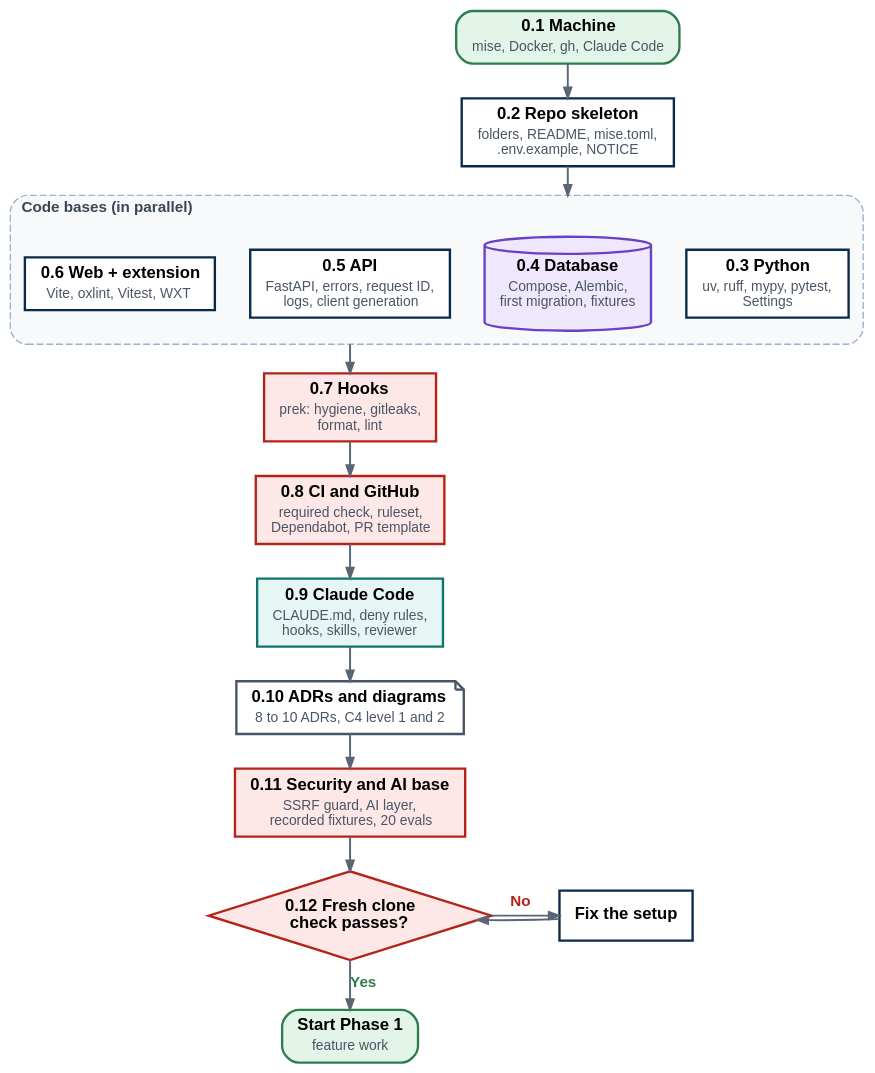
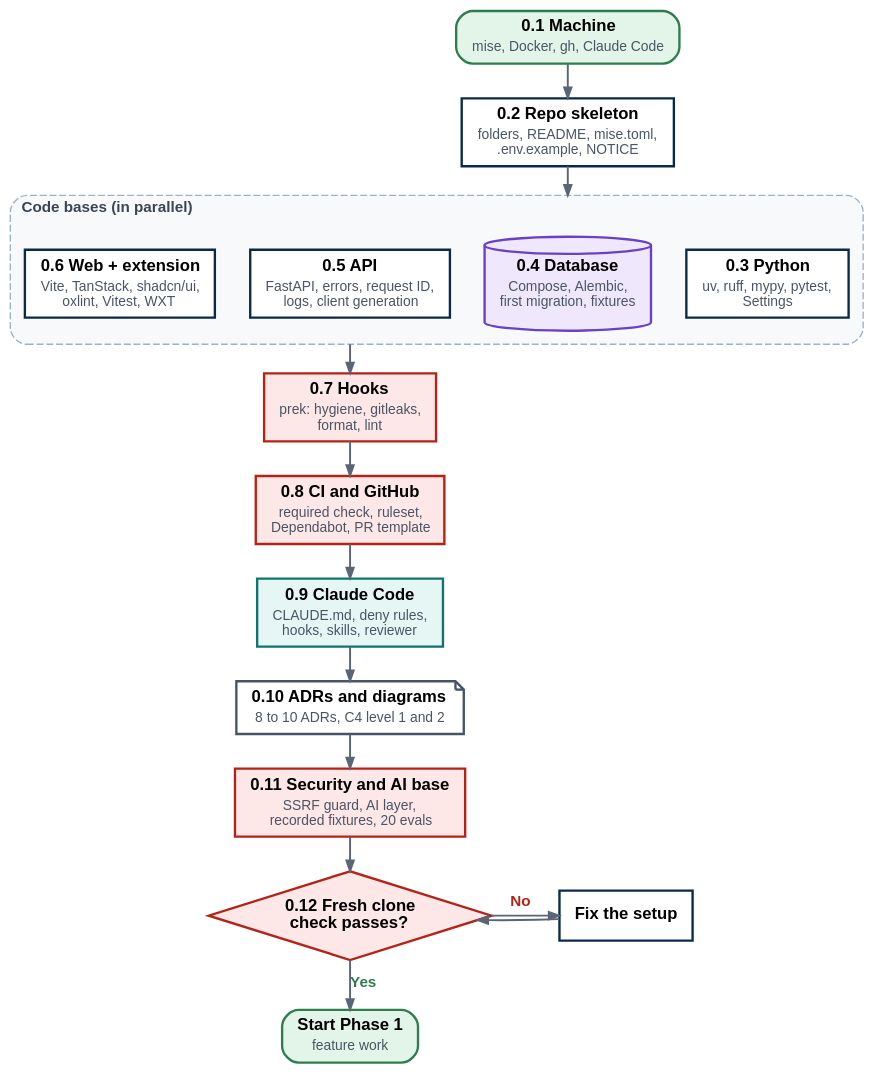
One commit to raksha-gurzu/seo-advisor changed the diagram in requirements/diagrams/setup.dot. Above: the diagram before and after it, drawn with Graphviz. The commit also changed 21 other files, not shown here.

```diff
--- a/requirements/diagrams/setup.dot
+++ b/requirements/diagrams/setup.dot
@@ -1,37 +1,37 @@
 digraph G {
   graph [rankdir=TB fontname="Arial" nodesep=0.35 ranksep=0.34 splines=spline bgcolor="transparent"
          pad=0.15 newrank=true compound=true];
   node  [fontname="Arial" fontsize=12 margin="0.14,0.07"];
   edge  [fontname="Arial" fontsize=11 color="#5a6675" penwidth=1.4 arrowsize=0.75];
   A [label=<<TABLE BORDER="0" CELLSPACING="0" CELLPADDING="1"><TR><TD><B>0.1 Machine</B></TD></TR><TR><TD><FONT POINT-SIZE="10" COLOR="#4a5565">mise, Docker, gh, Claude Code</FONT></TD></TR></TABLE>> shape="box" style="rounded,filled" fillcolor="#e3f4e8" color="#2e7d4f" penwidth=1.7];
   B [label=<<TABLE BORDER="0" CELLSPACING="0" CELLPADDING="1"><TR><TD><B>0.2 Repo skeleton</B></TD></TR><TR><TD><FONT POINT-SIZE="10" COLOR="#4a5565">folders, README, mise.toml,<BR/>.env.example, NOTICE</FONT></TD></TR></TABLE>> shape="box" style="filled" fillcolor="#ffffff" color="#0b2a4a" penwidth=1.7];
   subgraph cluster_base {
     label=<<B>Code bases (in parallel)</B>> fontsize=11 fontcolor="#3b4654" labeljust=l
     style="rounded,dashed" color="#9fb3c8" bgcolor="#f7f9fb" margin=10
   C1 [label=<<TABLE BORDER="0" CELLSPACING="0" CELLPADDING="1"><TR><TD><B>0.3 Python</B></TD></TR><TR><TD><FONT POINT-SIZE="10" COLOR="#4a5565">uv, ruff, mypy, pytest,<BR/>Settings</FONT></TD></TR></TABLE>> shape="box" style="filled" fillcolor="#ffffff" color="#0b2a4a" penwidth=1.7];
   C2 [label=<<TABLE BORDER="0" CELLSPACING="0" CELLPADDING="1"><TR><TD><B>0.4 Database</B></TD></TR><TR><TD><FONT POINT-SIZE="10" COLOR="#4a5565">Compose, Alembic,<BR/>first migration, fixtures</FONT></TD></TR></TABLE>> shape="cylinder" style="filled" fillcolor="#efe7fb" color="#6941c6" penwidth=1.7];
   C3 [label=<<TABLE BORDER="0" CELLSPACING="0" CELLPADDING="1"><TR><TD><B>0.5 API</B></TD></TR><TR><TD><FONT POINT-SIZE="10" COLOR="#4a5565">FastAPI, errors, request ID,<BR/>logs, client generation</FONT></TD></TR></TABLE>> shape="box" style="filled" fillcolor="#ffffff" color="#0b2a4a" penwidth=1.7];
-  C4 [label=<<TABLE BORDER="0" CELLSPACING="0" CELLPADDING="1"><TR><TD><B>0.6 Web + extension</B></TD></TR><TR><TD><FONT POINT-SIZE="10" COLOR="#4a5565">Vite, oxlint, Vitest, WXT</FONT></TD></TR></TABLE>> shape="box" style="filled" fillcolor="#ffffff" color="#0b2a4a" penwidth=1.7];
+  C4 [label=<<TABLE BORDER="0" CELLSPACING="0" CELLPADDING="1"><TR><TD><B>0.6 Web + extension</B></TD></TR><TR><TD><FONT POINT-SIZE="10" COLOR="#4a5565">Vite, TanStack, shadcn/ui,<BR/>oxlint, Vitest, WXT</FONT></TD></TR></TABLE>> shape="box" style="filled" fillcolor="#ffffff" color="#0b2a4a" penwidth=1.7];
   }
   D [label=<<TABLE BORDER="0" CELLSPACING="0" CELLPADDING="1"><TR><TD><B>0.7 Hooks</B></TD></TR><TR><TD><FONT POINT-SIZE="10" COLOR="#4a5565">prek: hygiene, gitleaks,<BR/>format, lint</FONT></TD></TR></TABLE>> shape="box" style="filled" fillcolor="#fde7e7" color="#b42318" penwidth=1.7];
   E [label=<<TABLE BORDER="0" CELLSPACING="0" CELLPADDING="1"><TR><TD><B>0.8 CI and GitHub</B></TD></TR><TR><TD><FONT POINT-SIZE="10" COLOR="#4a5565">required check, ruleset,<BR/>Dependabot, PR template</FONT></TD></TR></TABLE>> shape="box" style="filled" fillcolor="#fde7e7" color="#b42318" penwidth=1.7];
   F [label=<<TABLE BORDER="0" CELLSPACING="0" CELLPADDING="1"><TR><TD><B>0.9 Claude Code</B></TD></TR><TR><TD><FONT POINT-SIZE="10" COLOR="#4a5565">CLAUDE.md, deny rules,<BR/>hooks, skills, reviewer</FONT></TD></TR></TABLE>> shape="box" style="filled" fillcolor="#e6f6f4" color="#0f766e" penwidth=1.7];
   G [label=<<TABLE BORDER="0" CELLSPACING="0" CELLPADDING="1"><TR><TD><B>0.10 ADRs and diagrams</B></TD></TR><TR><TD><FONT POINT-SIZE="10" COLOR="#4a5565">8 to 10 ADRs, C4 level 1 and 2</FONT></TD></TR></TABLE>> shape="note" style="filled" fillcolor="#ffffff" color="#475467" penwidth=1.7];
   H [label=<<TABLE BORDER="0" CELLSPACING="0" CELLPADDING="1"><TR><TD><B>0.11 Security and AI base</B></TD></TR><TR><TD><FONT POINT-SIZE="10" COLOR="#4a5565">SSRF guard, AI layer,<BR/>recorded fixtures, 20 evals</FONT></TD></TR></TABLE>> shape="box" style="filled" fillcolor="#fde7e7" color="#b42318" penwidth=1.7];
   Q [label=<<TABLE BORDER="0" CELLSPACING="0" CELLPADDING="1"><TR><TD><B>0.12 Fresh clone</B><BR/><B>check passes?</B></TD></TR></TABLE>> shape="diamond" style="filled" fillcolor="#fde7e7" color="#b42318" margin="0.04" penwidth=1.7];
   X [label=<<TABLE BORDER="0" CELLSPACING="0" CELLPADDING="1"><TR><TD><B>Fix the setup</B></TD></TR></TABLE>> shape="box" style="filled" fillcolor="#ffffff" color="#0b2a4a" penwidth=1.7];
   Z [label=<<TABLE BORDER="0" CELLSPACING="0" CELLPADDING="1"><TR><TD><B>Start Phase 1</B></TD></TR><TR><TD><FONT POINT-SIZE="10" COLOR="#4a5565">feature work</FONT></TD></TR></TABLE>> shape="box" style="rounded,filled" fillcolor="#e3f4e8" color="#2e7d4f" penwidth=1.7];
   A -> B [];
   B -> C2 [lhead="cluster_base"];
   C3 -> D [ltail="cluster_base"];
   D -> E [];
   E -> F [];
   F -> G [];
   G -> H [];
   H -> Q [];
   Q -> Z [label=<<B> Yes </B>> fontcolor="#2e7d4f"];
   Q -> X [label=<<B> No </B>> fontcolor="#b42318"];
   X -> Q [];
   { rank=same; C1; C2; C3; C4; }
   { rank=same; Q; X; }
 }
```
